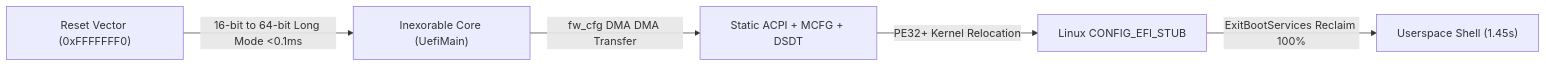
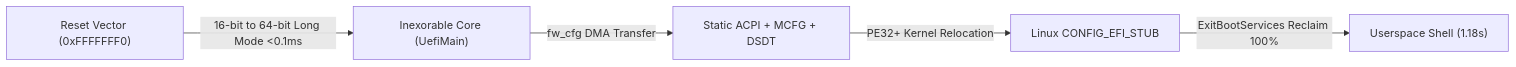
The diagram in README.md (bt-balci/Inexorable), drawn with Mermaid before and after one commit. The commit also changed other lines of this file and 6 other files, not shown here.

````diff
--- a/README.md
+++ b/README.md
@@ -57,7 +74,7 @@
 ```mermaid
 flowchart LR
     A["Reset Vector (0xFFFFFFF0)"] -->|16-bit to 64-bit Long Mode <0.1ms| B["Inexorable Core (UefiMain)"]
-    B -->|fw_cfg DMA DMA Transfer| C["Static ACPI + MCFG + DSDT"]
+    B -->|fw_cfg DMA Transfer| C["Static ACPI + MCFG + DSDT"]
     C -->|PE32+ Kernel Relocation| D["Linux CONFIG_EFI_STUB"]
-    D -->|ExitBootServices Reclaim 100%| E["Userspace Shell (1.45s)"]
+    D -->|ExitBootServices Reclaim 100%| E["Userspace Shell (1.18s)"]
 ```
````
